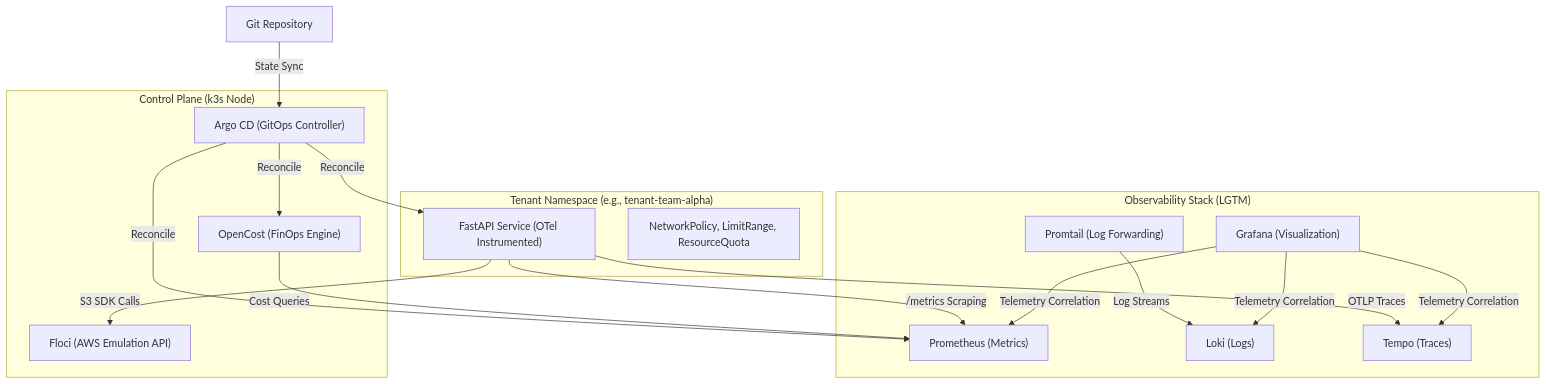
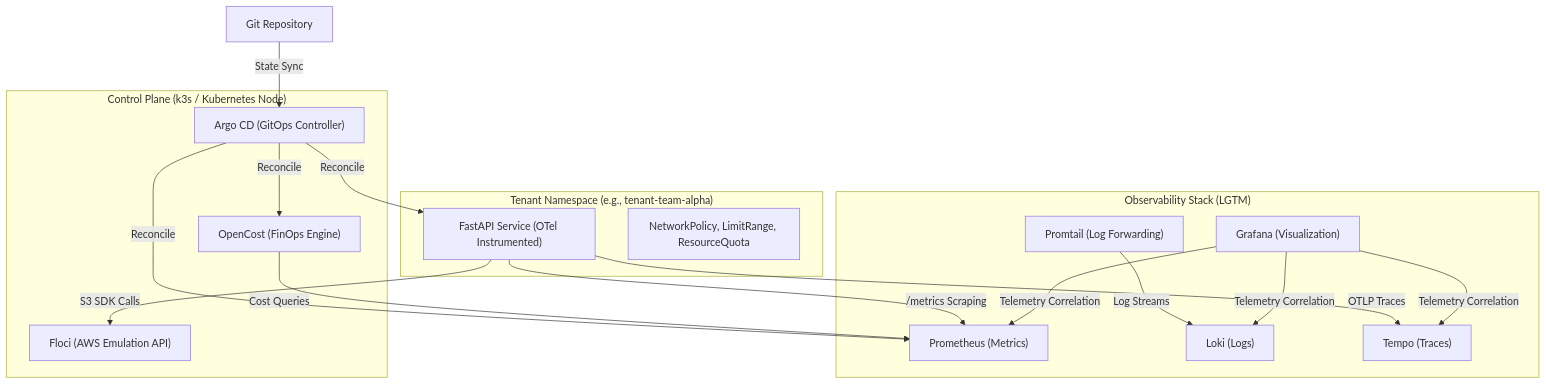
One commit to barbaria888/FrugalZeus changed the diagram in README.md. Above: the diagram before and after it, drawn with Mermaid. The commit also changed other lines of this file and 10 other files, not shown here.

````diff
--- a/README.md
+++ b/README.md
@@ -26,34 +26,34 @@
 ```mermaid
 graph TB
-    subgraph "Control Plane (k3s Node)"
+    subgraph "Control Plane (k3s / Kubernetes Node)"
         ArgoCD["Argo CD (GitOps Controller)"]
         Floci["Floci (AWS Emulation API)"]
         OC["OpenCost (FinOps Engine)"]
     end
 
     subgraph "Observability Stack (LGTM)"
         Prom["Prometheus (Metrics)"]
         Loki["Loki (Logs)"]
         Tempo["Tempo (Traces)"]
         Grafana["Grafana (Visualization)"]
         Promtail["Promtail (Log Forwarding)"]
     end
 
     subgraph "Tenant Namespace (e.g., tenant-team-alpha)"
         App["FastAPI Service (OTel Instrumented)"]
         Guardrails["NetworkPolicy, LimitRange, ResourceQuota"]
     end
 
     GitRepo["Git Repository"] -->|"State Sync"| ArgoCD
     ArgoCD -->|"Reconcile"| App
     ArgoCD -->|"Reconcile"| Prom
     ArgoCD -->|"Reconcile"| OC
 
     App -->|"OTLP Traces"| Tempo
     App -->|"/metrics Scraping"| Prom
     Promtail -->|"Log Streams"| Loki
 
     OC -->|"Cost Queries"| Prom
     Grafana -->|"Telemetry Correlation"| Prom & Loki & Tempo
     App -->|"S3 SDK Calls"| Floci
 ```
````
